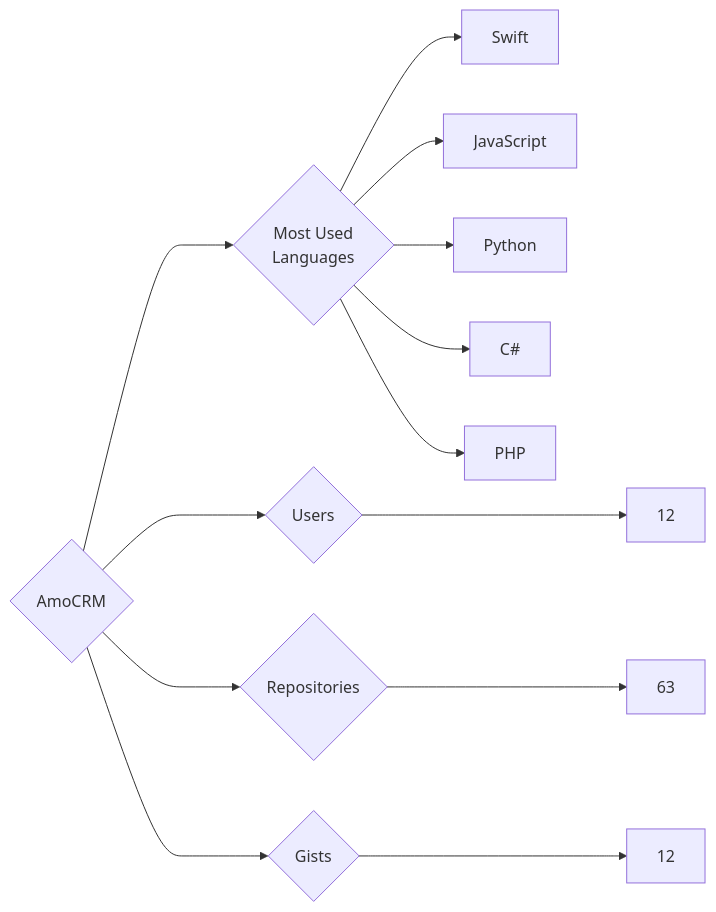
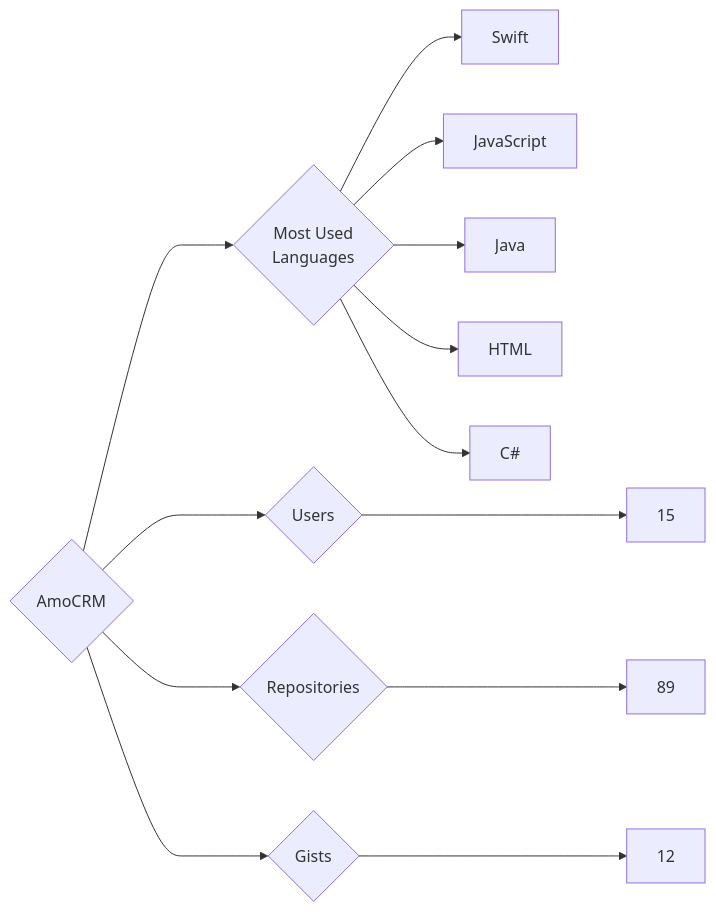
One commit to trickest/insiders changed the diagram in targets/AmoCRM/README.md. Above: the diagram before and after it, drawn with Mermaid. The commit also changed 545 other files, not shown here.

````diff
--- a/targets/AmoCRM/README.md
+++ b/targets/AmoCRM/README.md
@@ -3,13 +3,13 @@
 ```mermaid
 graph LR
 COMPANY_NAME{AmoCRM}
-COMPANY_NAME ---> U{Users} ---> UN[12]
-COMPANY_NAME ---> R{Repositories} ---> RN[63]
+COMPANY_NAME ---> U{Users} ---> UN[15]
+COMPANY_NAME ---> R{Repositories} ---> RN[89]
 COMPANY_NAME ---> G{Gists} ---> GN[12]
 COMPANY_NAME ---> ML{Most Used<br>Languages}
 ML --> Swift[Swift]
 ML --> JavaScript[JavaScript]
-ML --> Python[Python]
+ML --> Java[Java]
+ML --> HTML[HTML]
 ML --> C#[C#]
-ML --> PHP[PHP]
 ```
````
